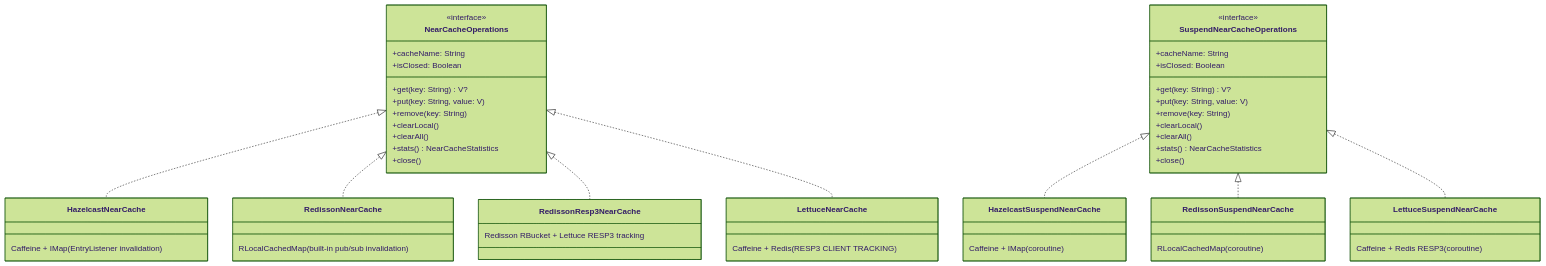
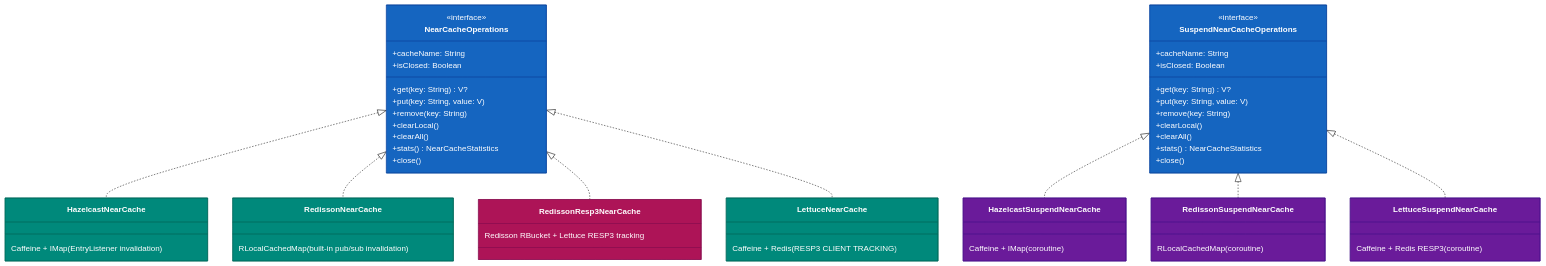
One commit to bluetape4k/bluetape4k-projects changed the second of 3 diagrams in infra/cache/README.md. Above: the diagram before and after it, drawn with Mermaid (forest theme). The commit also changed other lines of this file and 221 other files, not shown here.

First line of the commit message:
docs: 전체 모듈 README UML 다이어그램 보강 및 색상 업그레이드

````diff
--- a/infra/cache/README.md
+++ b/infra/cache/README.md
@@ -119,65 +137,75 @@
 ```mermaid
 classDiagram
     class NearCacheOperations {
         <<interface>>
         +cacheName: String
         +isClosed: Boolean
         +get(key: String) V?
         +put(key: String, value: V)
         +remove(key: String)
         +clearLocal()
         +clearAll()
         +stats() NearCacheStatistics
         +close()
     }
 
     class SuspendNearCacheOperations {
         <<interface>>
         +cacheName: String
         +isClosed: Boolean
         +get(key: String) V?
         +put(key: String, value: V)
         +remove(key: String)
         +clearLocal()
         +clearAll()
         +stats() NearCacheStatistics
         +close()
     }
 
     class HazelcastNearCache {
         Caffeine + IMap (EntryListener invalidation)
     }
 
     class HazelcastSuspendNearCache {
         Caffeine + IMap (coroutine)
     }
 
     class RedissonNearCache {
         RLocalCachedMap (built-in pub/sub invalidation)
     }
 
     class RedissonSuspendNearCache {
         RLocalCachedMap (coroutine)
     }
 
     class RedissonResp3NearCache {
         Redisson RBucket + Lettuce RESP3 tracking
     }
 
     class LettuceNearCache {
         Caffeine + Redis (RESP3 CLIENT TRACKING)
     }
 
     class LettuceSuspendNearCache {
         Caffeine + Redis RESP3 (coroutine)
     }
 
     NearCacheOperations <|.. HazelcastNearCache
     NearCacheOperations <|.. RedissonNearCache
     NearCacheOperations <|.. RedissonResp3NearCache
     NearCacheOperations <|.. LettuceNearCache
     SuspendNearCacheOperations <|.. HazelcastSuspendNearCache
     SuspendNearCacheOperations <|.. RedissonSuspendNearCache
     SuspendNearCacheOperations <|.. LettuceSuspendNearCache
 
+    style NearCacheOperations fill:#1565C0,stroke:#0D47A1,color:#FFFFFF
+    style SuspendNearCacheOperations fill:#1565C0,stroke:#0D47A1,color:#FFFFFF
+    style HazelcastNearCache fill:#00897B,stroke:#00695C,color:#FFFFFF
+    style HazelcastSuspendNearCache fill:#6A1B9A,stroke:#4A148C,color:#FFFFFF
+    style RedissonNearCache fill:#00897B,stroke:#00695C,color:#FFFFFF
+    style RedissonSuspendNearCache fill:#6A1B9A,stroke:#4A148C,color:#FFFFFF
+    style RedissonResp3NearCache fill:#AD1457,stroke:#880E4F,color:#FFFFFF
+    style LettuceNearCache fill:#00897B,stroke:#00695C,color:#FFFFFF
+    style LettuceSuspendNearCache fill:#6A1B9A,stroke:#4A148C,color:#FFFFFF
+
 ```
````
